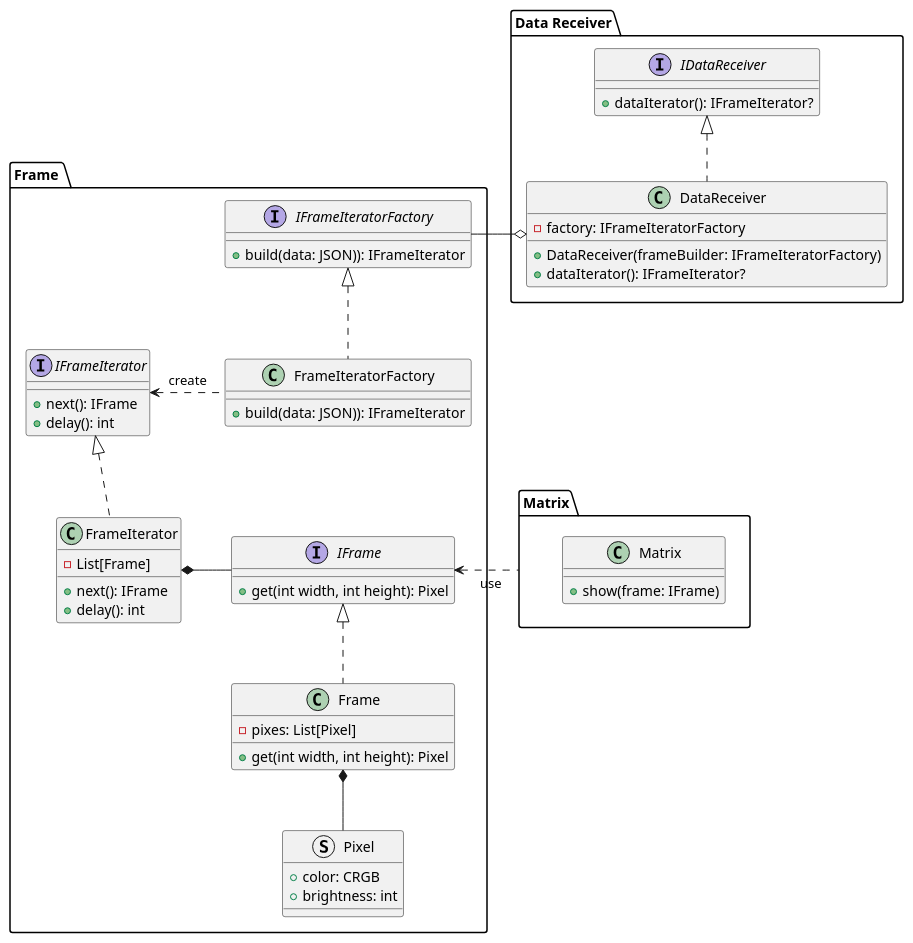
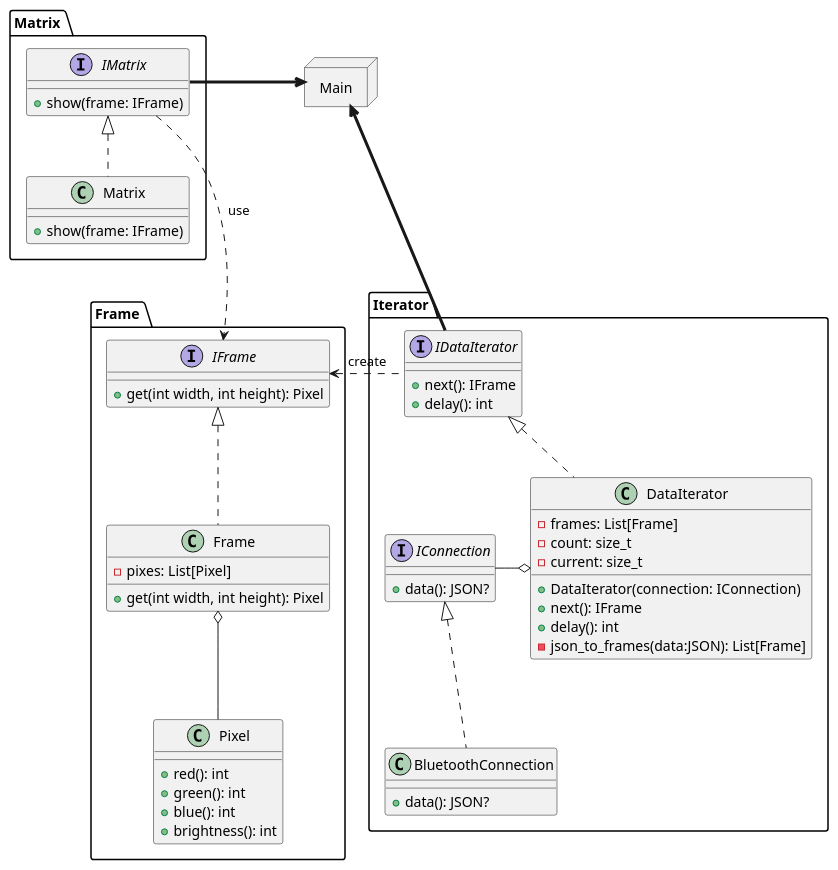
Before and after one commit to twoics/painter: the diagram in doc/diagrams/ClassDiagram.puml, drawn with PlantUML.

Commit message:
Update class diagram

```diff
--- a/doc/diagrams/ClassDiagram.puml
+++ b/doc/diagrams/ClassDiagram.puml
@@ -1,76 +1,83 @@
 @startuml
 'https://plantuml.com/class-diagram
 
-package "Data Receiver"
-{
-    interface IDataReceiver{
-        +dataIterator(): IFrameIterator?
-    }
-
-    class DataReceiver{
-        -factory: IFrameIteratorFactory
-        + DataReceiver(frameBuilder: IFrameIteratorFactory)
-        +dataIterator(): IFrameIterator?
-    }
-}
-
-
 package "Frame "
 {
-    interface IFrameIterator{
-        +next(): IFrame
-        +delay(): int
-    }
-
     interface IFrame {
         +get(int width, int height): Pixel
-    }
-
-    interface IFrameIteratorFactory{
-        +build(data: JSON)): IFrameIterator
-    }
-
-    class FrameIterator{
-        -List[Frame]
-        +next(): IFrame
-        +delay(): int
     }
 
     class Frame{
         -pixes: List[Pixel]
         +get(int width, int height): Pixel
     }
 
-    class FrameIteratorFactory{
-        +build(data: JSON)): IFrameIterator
-    }
-
-    struct Pixel{
-        +color: CRGB
-        +brightness: int
+    class Pixel{
+        +red(): int
+        +green(): int
+        +blue(): int
+        +brightness(): int
     }
 }
 
-package "Matrix"
+package "Iterator"
 {
+    interface IConnection{
+        +data(): JSON?
+    }
+
+    interface IDataIterator{
+        +next(): IFrame
+        +delay(): int
+    }
+
+    class DataIterator{
+        -frames: List[Frame]
+        -count: size_t
+        -current: size_t
+        +DataIterator(connection: IConnection)
+        +next(): IFrame
+        +delay(): int
+        -json_to_frames(data:JSON): List[Frame]
+    }
+
+    class BluetoothConnection{
+        +data(): JSON?
+    }
+}
+
+
+
+package "Matrix "
+{
+    interface IMatrix{
+        +show(frame: IFrame)
+    }
+
     class Matrix{
         +show(frame: IFrame)
     }
 }
 
+package "Main" <<NODE>>
+{
+
+}
+
 '---REL---'
-IDataReceiver <|.. DataReceiver
-DataReceiver o--left  IFrameIteratorFactory
-
-IFrameIteratorFactory <|.. FrameIteratorFactory
-FrameIteratorFactory -left..>  IFrameIterator: create
-
-FrameIterator *--right IFrame
-
-IFrameIterator <|.. FrameIterator
 
 IFrame <|.. Frame
-Frame *-- Pixel
+Frame o-- Pixel
 
-Matrix -left....> IFrame: use
+IMatrix -down..> IFrame: use
+IMatrix <|.. Matrix
+
+IDataIterator -left..> IFrame: create
+IConnection <|.. BluetoothConnection
+IDataIterator <|.. DataIterator
+DataIterator o--left IConnection
+
+"Main" <--[thickness=3]- IDataIterator
+"Main" <--[thickness=3]right IMatrix
+
 @enduml
```
